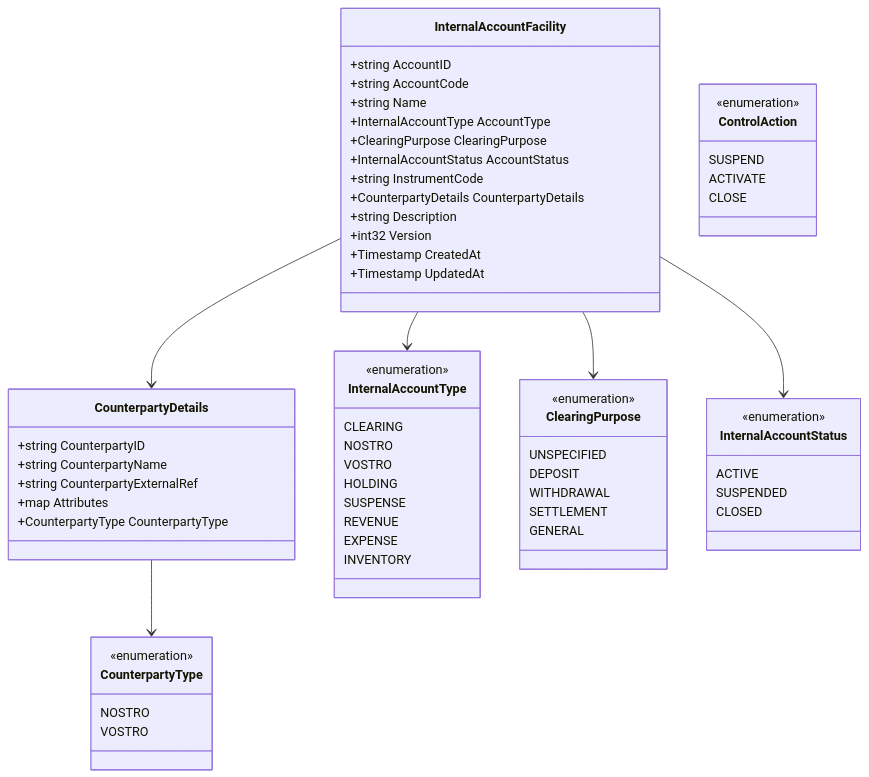
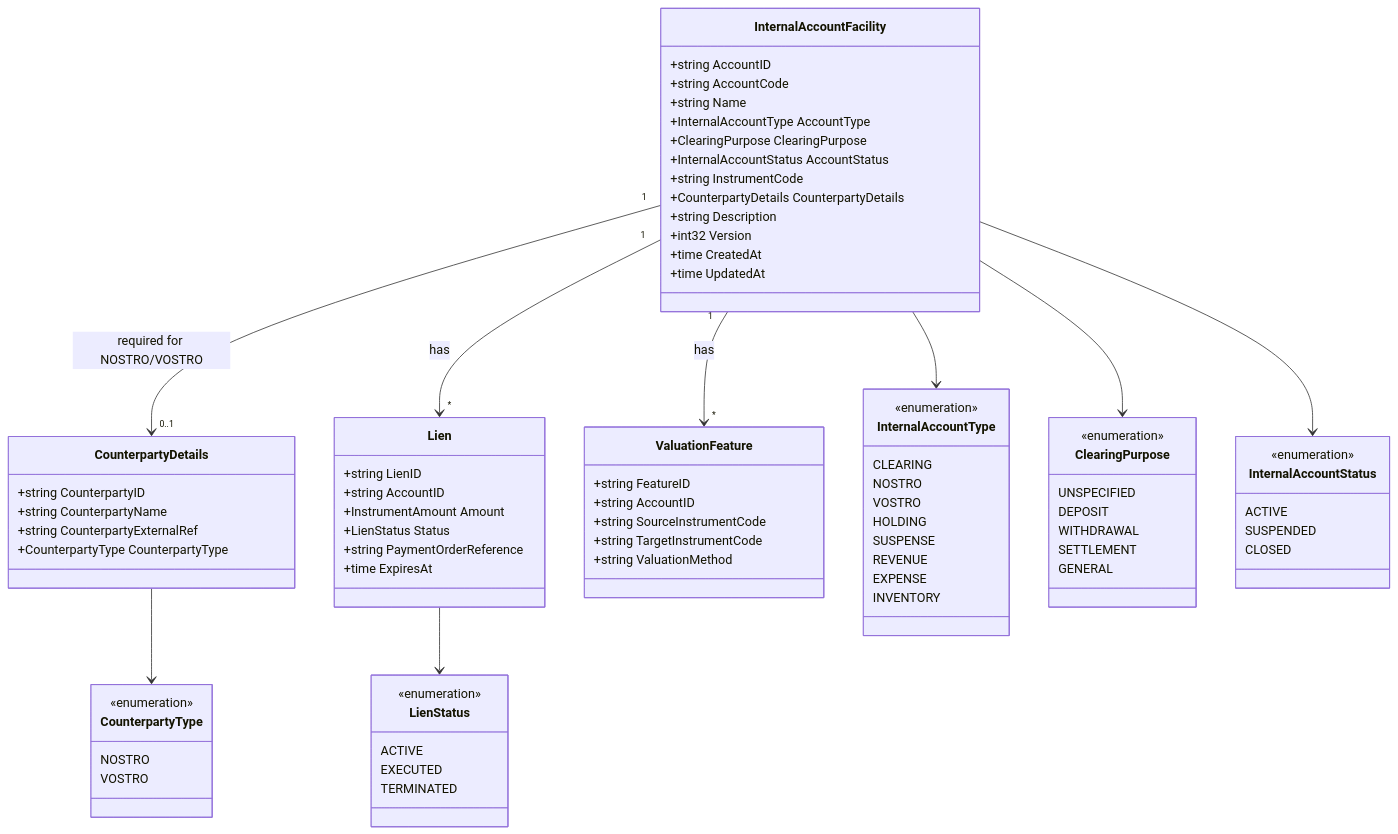
Before and after one commit to meridianhub/meridian: the diagram in services/internal-account/README.md, drawn with Mermaid. The commit also changed other lines of this file and 2 other files, not shown here.

````diff
--- a/services/internal-account/README.md
+++ b/services/internal-account/README.md
@@ -199,16 +81,32 @@
         +CounterpartyDetails CounterpartyDetails
         +string Description
         +int32 Version
-        +Timestamp CreatedAt
-        +Timestamp UpdatedAt
+        +time CreatedAt
+        +time UpdatedAt
     }
 
     class CounterpartyDetails {
         +string CounterpartyID
         +string CounterpartyName
         +string CounterpartyExternalRef
-        +map Attributes
         +CounterpartyType CounterpartyType
+    }
+
+    class Lien {
+        +string LienID
+        +string AccountID
+        +InstrumentAmount Amount
+        +LienStatus Status
+        +string PaymentOrderReference
+        +time ExpiresAt
+    }
+
+    class ValuationFeature {
+        +string FeatureID
+        +string AccountID
+        +string SourceInstrumentCode
+        +string TargetInstrumentCode
+        +string ValuationMethod
     }
 
     class InternalAccountType {
@@ -239,11 +137,11 @@
         CLOSED
     }
 
-    class ControlAction {
+    class LienStatus {
         <<enumeration>>
-        SUSPEND
-        ACTIVATE
-        CLOSE
+        ACTIVE
+        EXECUTED
+        TERMINATED
     }
 
     class CounterpartyType {
@@ -255,6 +153,9 @@
     InternalAccountFacility --> InternalAccountType
     InternalAccountFacility --> ClearingPurpose
     InternalAccountFacility --> InternalAccountStatus
-    InternalAccountFacility --> CounterpartyDetails
+    InternalAccountFacility "1" --> "0..1" CounterpartyDetails : required for NOSTRO/VOSTRO
+    InternalAccountFacility "1" --> "*" Lien : has
+    InternalAccountFacility "1" --> "*" ValuationFeature : has
     CounterpartyDetails --> CounterpartyType
+    Lien --> LienStatus
 ```
````
